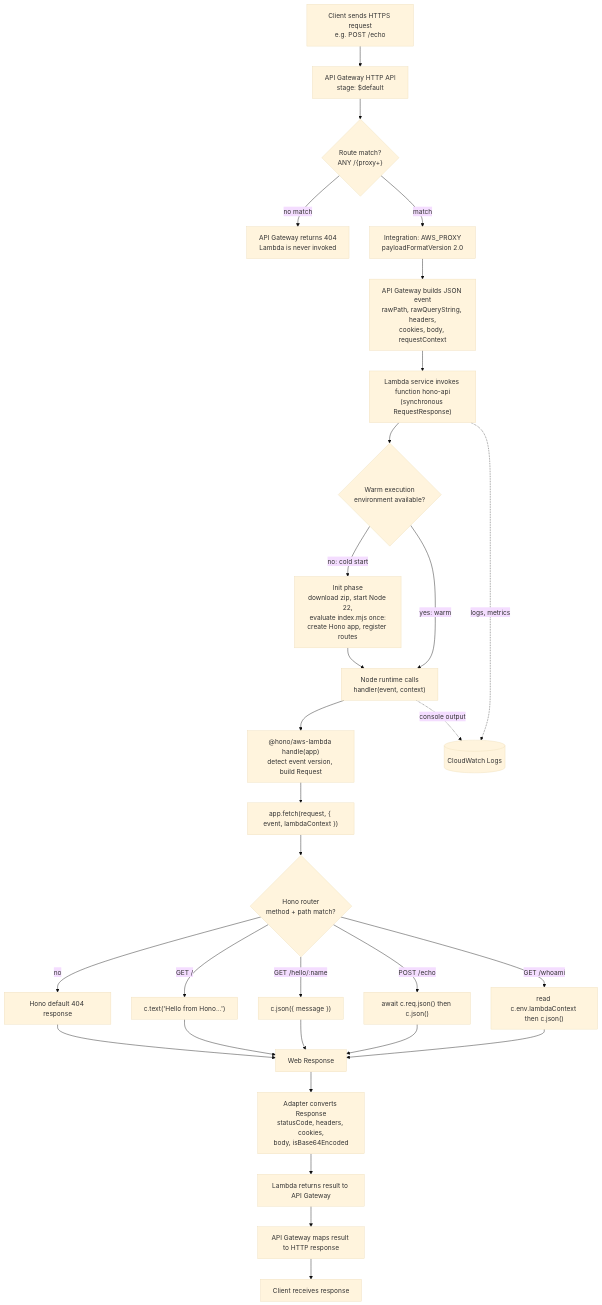
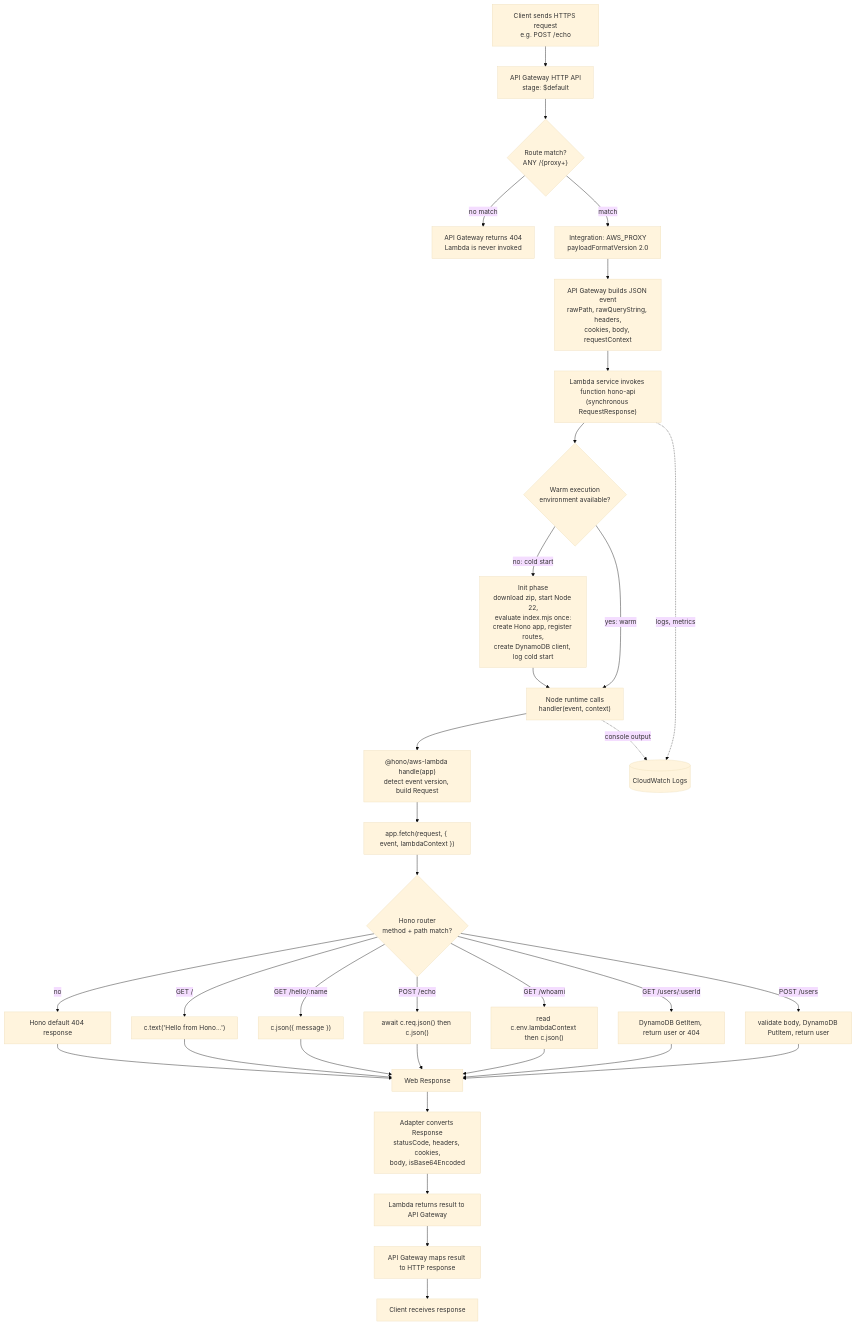
Before and after one commit to Colin-Stark/hono-serverless-api: the first of 4 diagrams in README.md, drawn with Mermaid (base theme). The commit also changed other lines of this file and 1 other file, not shown here.

Commit message:
Update documentation to reflect DynamoDB integration and new user routes

````diff
--- a/README.md
+++ b/README.md
@@ -73,37 +75,41 @@
 ```mermaid
 flowchart TD
     A["Client sends HTTPS request<br/>e.g. POST /echo"] --> B["API Gateway HTTP API<br/>stage: $default"]
     B --> C{"Route match?<br/>ANY /{proxy+}"}
     C -- "no match" --> C404["API Gateway returns 404<br/>Lambda is never invoked"]
     C -- "match" --> D["Integration: AWS_PROXY<br/>payloadFormatVersion 2.0"]
     D --> E["API Gateway builds JSON event<br/>rawPath, rawQueryString, headers,<br/>cookies, body, requestContext"]
     E --> F["Lambda service invokes function hono-api<br/>(synchronous RequestResponse)"]
 
     F --> G{"Warm execution<br/>environment available?"}
-    G -- "no: cold start" --> H["Init phase<br/>download zip, start Node 22,<br/>evaluate index.mjs once:<br/>create Hono app, register routes"]
+    G -- "no: cold start" --> H["Init phase<br/>download zip, start Node 22,<br/>evaluate index.mjs once:<br/>create Hono app, register routes,<br/>create DynamoDB client, log cold start"]
     G -- "yes: warm" --> I
     H --> I["Node runtime calls<br/>handler(event, context)"]
 
     I --> J["@hono/aws-lambda handle(app)<br/>detect event version, build Request"]
     J --> K["app.fetch(request, { event, lambdaContext })"]
     K --> L{"Hono router<br/>method + path match?"}
     L -- "no" --> L404["Hono default 404 response"]
     L -- "GET /" --> R1["c.text('Hello from Hono...')"]
     L -- "GET /hello/:name" --> R2["c.json({ message })"]
     L -- "POST /echo" --> R3["await c.req.json() then c.json()"]
     L -- "GET /whoami" --> R4["read c.env.lambdaContext then c.json()"]
+    L -- "GET /users/:userId" --> R5["DynamoDB GetItem, return user or 404"]
+    L -- "POST /users" --> R6["validate body, DynamoDB PutItem, return user"]
 
     R1 --> M["Web Response"]
     R2 --> M
     R3 --> M
     R4 --> M
+    R5 --> M
+    R6 --> M
     L404 --> M
 
     M --> N["Adapter converts Response<br/>statusCode, headers, cookies,<br/>body, isBase64Encoded"]
     N --> O["Lambda returns result to API Gateway"]
     O --> P["API Gateway maps result to HTTP response"]
     P --> Q["Client receives response"]
 
     F -. "logs, metrics" .-> W[("CloudWatch Logs")]
     I -. "console output" .-> W
 ```
````
